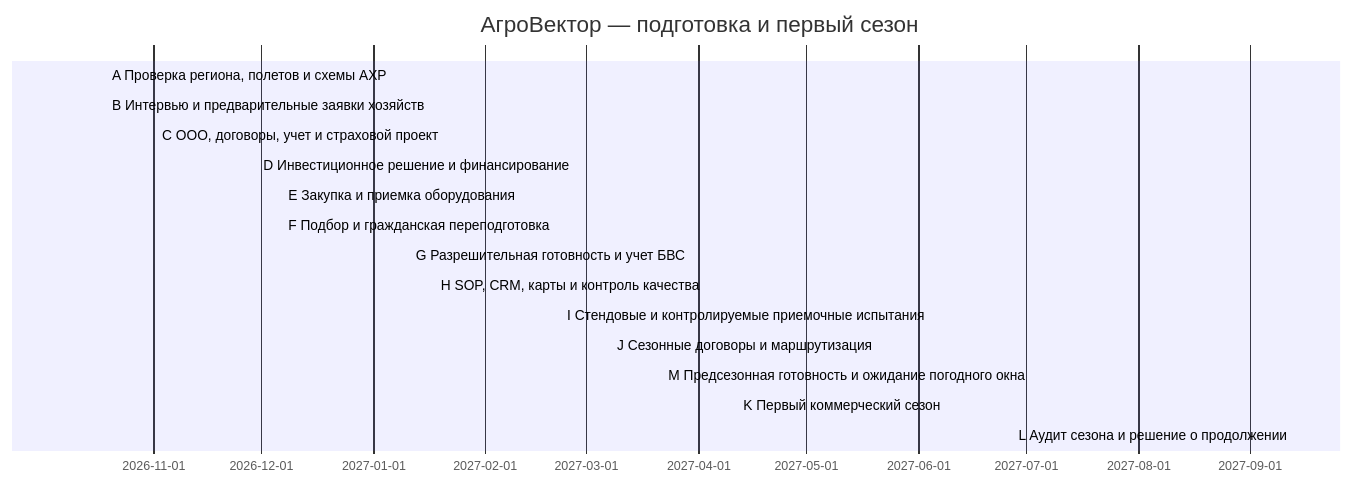
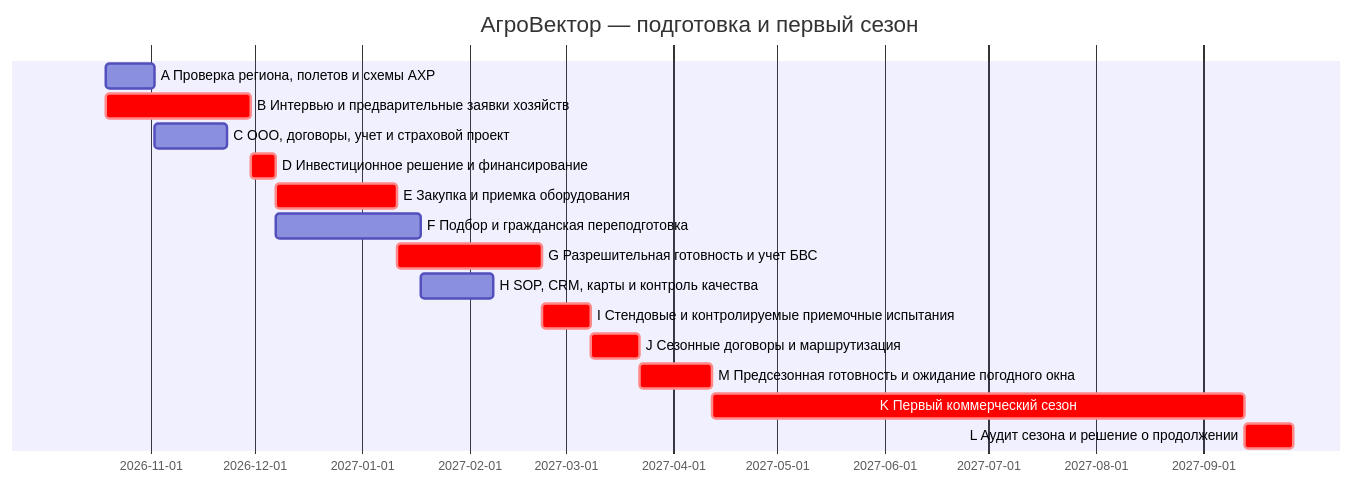
Before and after one commit to lalka1231/spareforge-business-plan: the first of 2 diagrams in docs/FINAL_BUSINESS_PLAN.md, drawn with Mermaid. The commit also changed other lines of this file and 212 other files, not shown here.

````diff
--- a/docs/FINAL_BUSINESS_PLAN.md
+++ b/docs/FINAL_BUSINESS_PLAN.md
@@ -348,18 +339,18 @@
 ```mermaid
 gantt
     title АгроВектор — подготовка и первый сезон
     dateFormat YYYY-MM-DD
-    A Проверка региона, полетов и схемы АХР :A, 2026-10-19, 14 d
-    B Интервью и предварительные заявки хозяйств :crit, B, 2026-10-19, 42 d
-    C ООО, договоры, учет и страховой проект :C, 2026-11-02, 21 d
-    D Инвестиционное решение и финансирование :crit, D, 2026-11-30, 7 d
-    E Закупка и приемка оборудования :crit, E, 2026-12-07, 35 d
-    F Подбор и гражданская переподготовка :F, 2026-12-07, 42 d
-    G Разрешительная готовность и учет БВС :crit, G, 2027-01-11, 42 d
-    H SOP, CRM, карты и контроль качества :H, 2027-01-18, 21 d
-    I Стендовые и контролируемые приемочные испытания :crit, I, 2027-02-22, 14 d
-    J Сезонные договоры и маршрутизация :crit, J, 2027-03-08, 14 d
-    M Предсезонная готовность и ожидание погодного окна :crit, M, 2027-03-22, 21 d
-    K Первый коммерческий сезон :crit, K, 2027-04-12, 154 d
-    L Аудит сезона и решение о продолжении :crit, L, 2027-09-13, 14 d
+    A Проверка региона, полетов и схемы АХР :A, 2026-10-19, 14d
+    B Интервью и предварительные заявки хозяйств :crit, B, 2026-10-19, 42d
+    C ООО, договоры, учет и страховой проект :C, 2026-11-02, 21d
+    D Инвестиционное решение и финансирование :crit, D, 2026-11-30, 7d
+    E Закупка и приемка оборудования :crit, E, 2026-12-07, 35d
+    F Подбор и гражданская переподготовка :F, 2026-12-07, 42d
+    G Разрешительная готовность и учет БВС :crit, G, 2027-01-11, 42d
+    H SOP, CRM, карты и контроль качества :H, 2027-01-18, 21d
+    I Стендовые и контролируемые приемочные испытания :crit, I, 2027-02-22, 14d
+    J Сезонные договоры и маршрутизация :crit, J, 2027-03-08, 14d
+    M Предсезонная готовность и ожидание погодного окна :crit, M, 2027-03-22, 21d
+    K Первый коммерческий сезон :crit, K, 2027-04-12, 154d
+    L Аудит сезона и решение о продолжении :crit, L, 2027-09-13, 14d
 ```
````
